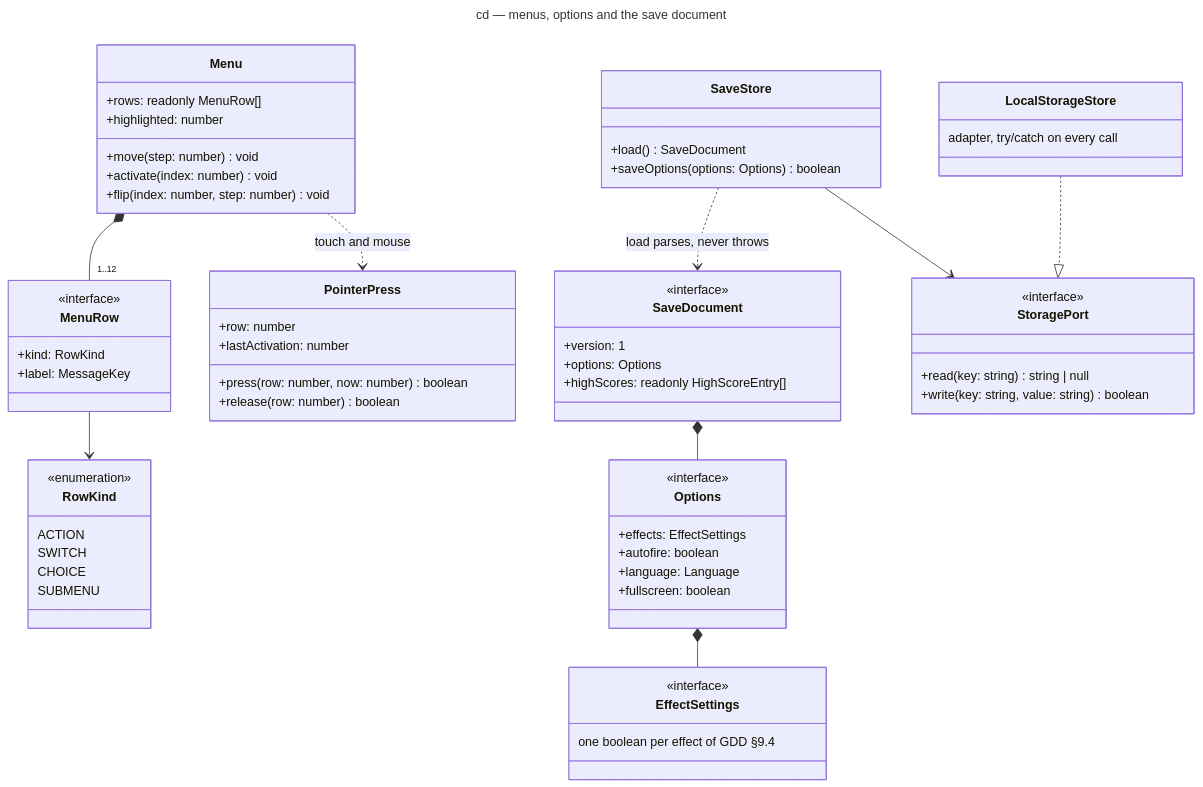
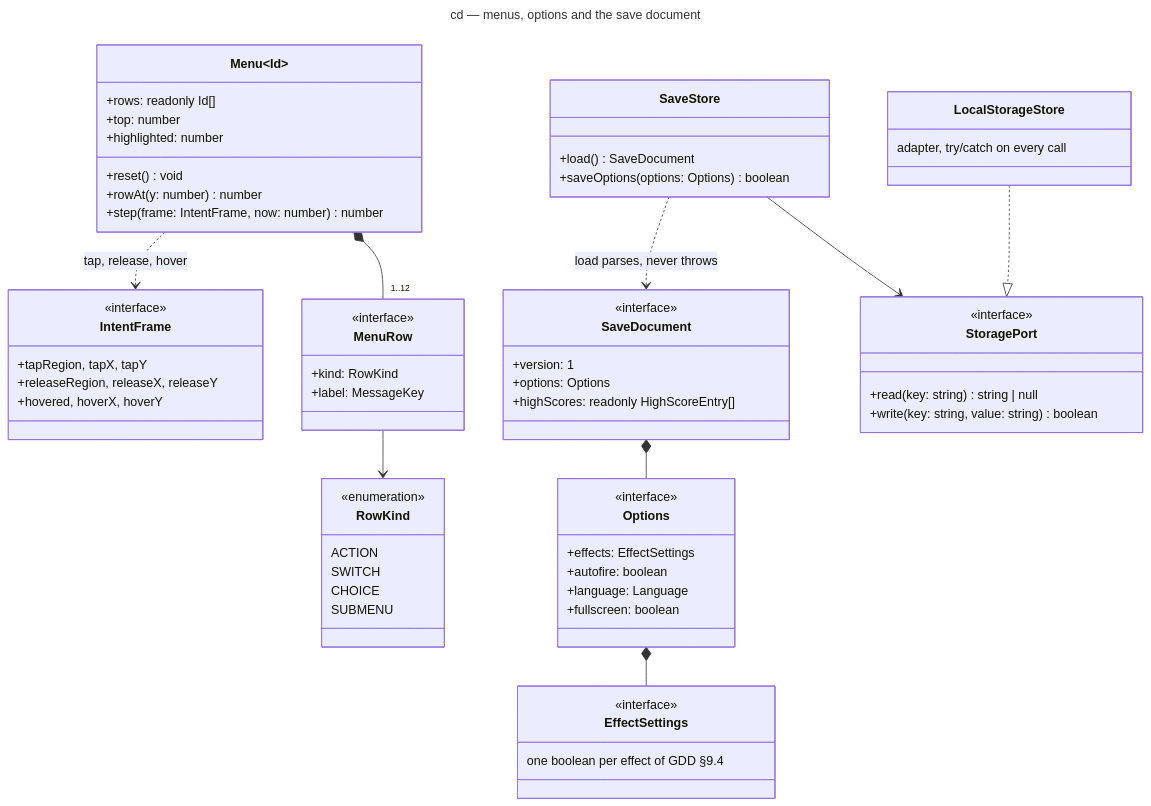
Before and after one commit to benoit-bremaud/retro-shmup: the diagram in docs/architecture/diagrams/meta/04-class-menus.md, drawn with Mermaid. The commit also changed other lines of this file and 21 other files, not shown here.

````diff
--- a/docs/architecture/diagrams/meta/04-class-menus.md
+++ b/docs/architecture/diagrams/meta/04-class-menus.md
@@ -19,69 +19,70 @@
 ```mermaid
 ---
 title: cd — menus, options and the save document
 ---
 classDiagram
-  class Menu {
-    +rows: readonly MenuRow[]
+  class Menu~Id~ {
+    +rows: readonly Id[]
+    +top: number
     +highlighted: number
-    +move(step: number) void
-    +activate(index: number) void
-    +flip(index: number, step: number) void
+    +reset() void
+    +rowAt(y: number) number
+    +step(frame: IntentFrame, now: number) number
+  }
+  class IntentFrame {
+    <<interface>>
+    +tapRegion, tapX, tapY
+    +releaseRegion, releaseX, releaseY
+    +hovered, hoverX, hoverY
   }
   class MenuRow {
     <<interface>>
     +kind: RowKind
     +label: MessageKey
   }
   class RowKind {
     <<enumeration>>
     ACTION
     SWITCH
     CHOICE
     SUBMENU
-  }
-  class PointerPress {
-    +row: number
-    +lastActivation: number
-    +press(row: number, now: number) boolean
-    +release(row: number) boolean
   }
   class Options {
     <<interface>>
     +effects: EffectSettings
     +autofire: boolean
     +language: Language
     +fullscreen: boolean
   }
   class EffectSettings {
     <<interface>>
     one boolean per effect of GDD §9.4
   }
   class SaveDocument {
     <<interface>>
     +version: 1
     +options: Options
     +highScores: readonly HighScoreEntry[]
   }
   class SaveStore {
     +load() SaveDocument
     +saveOptions(options: Options) boolean
   }
   class StoragePort {
     <<interface>>
     +read(key: string) string | null
     +write(key: string, value: string) boolean
   }
   class LocalStorageStore {
     adapter, try/catch on every call
   }
 
   Menu *-- "1..12" MenuRow
   MenuRow --> RowKind
-  Menu ..> PointerPress : touch and mouse
+  Menu ..> IntentFrame : tap, release, hover
   Options *-- EffectSettings
   SaveDocument *-- Options
   SaveStore ..> SaveDocument : load parses, never throws
   SaveStore --> StoragePort
   LocalStorageStore ..|> StoragePort
 ```
````
